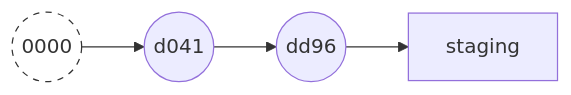
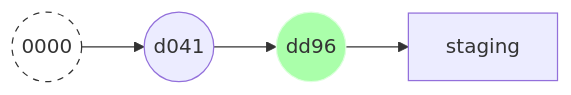
One commit to sugitlab/git_workshop_slidev changed diagram 14 of 36 in slides.md. Above: the diagram before and after it, drawn with Mermaid. The commit also changed other lines of this file, not shown here.

````diff
--- a/slides.md
+++ b/slides.md
@@ -1510,9 +1512,10 @@
 ```mermaid
 graph LR
   c01((0000))
   c02((d041))
   c03((dd96))
   c04[staging]
   style c01 fill:#fff,stroke:#333,stroke-width:1px,stroke-dasharray: 5 5
+  style c03 fill:#afa,stroke:#dfd,stroke-width:1px
   c01 --> c02 --> c03 --> c04
 ```
````
